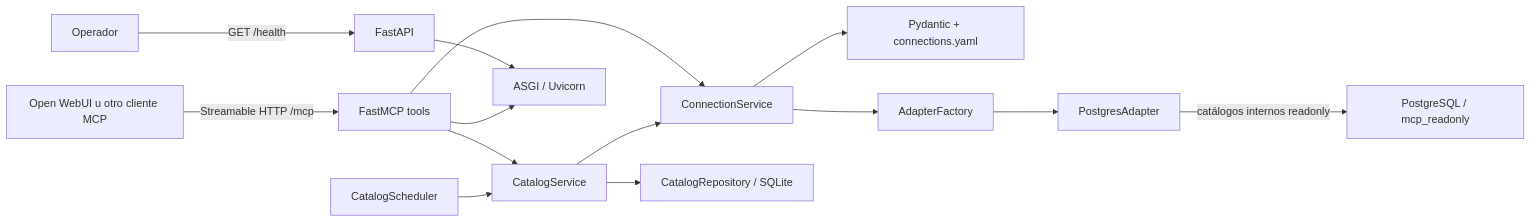
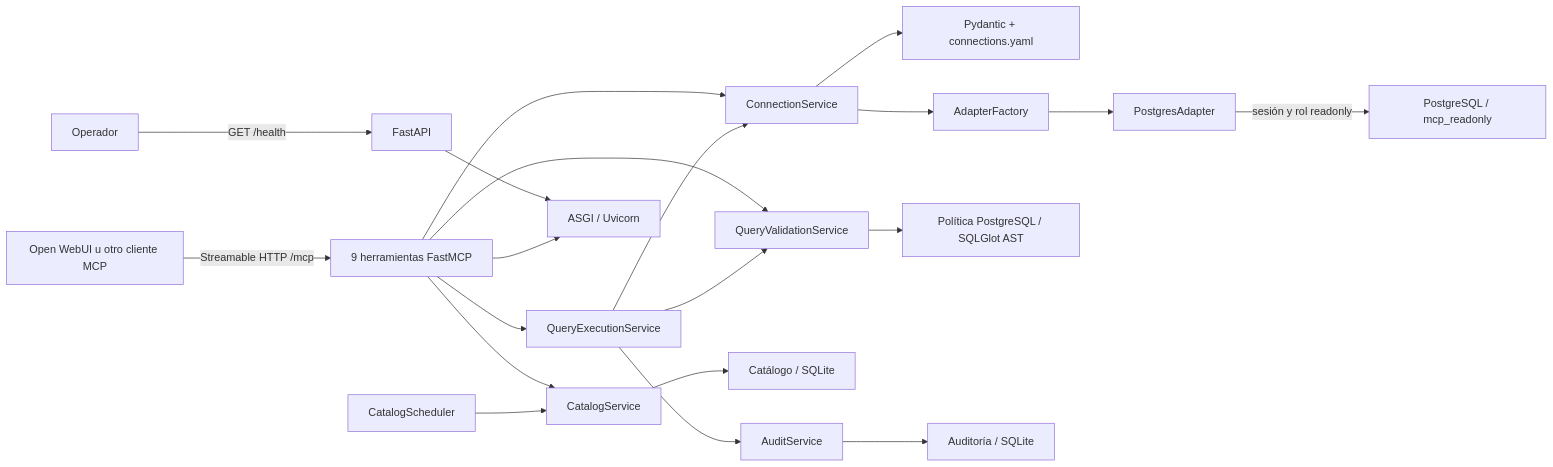
The first of 2 diagrams in docs/architecture.md (1franky/data-analits-MCP), drawn with Mermaid before and after one commit. The commit also changed other lines of this file and 43 other files, not shown here.

Commit message:
feat: implement sprint 3 safe SQL execution

````diff
--- a/docs/architecture.md
+++ b/docs/architecture.md
@@ -21,16 +22,22 @@
 ```mermaid
 flowchart LR
-    Client["Open WebUI u otro cliente MCP"] -->|"Streamable HTTP /mcp"| Tools["FastMCP tools"]
+    Client["Open WebUI u otro cliente MCP"] -->|"Streamable HTTP /mcp"| Tools["9 herramientas FastMCP"]
     Operator["Operador"] -->|"GET /health"| API["FastAPI"]
     Tools --> CS["ConnectionService"]
     Tools --> Cat["CatalogService"]
-    Cat --> CS
+    Tools --> Validator["QueryValidationService"]
+    Tools --> Executor["QueryExecutionService"]
+    Executor --> Validator
+    Executor --> CS
     CS --> Config["Pydantic + connections.yaml"]
     CS --> Factory["AdapterFactory"]
     Factory --> PG["PostgresAdapter"]
-    PG -->|"catálogos internos readonly"| DB["PostgreSQL / mcp_readonly"]
-    Cat --> Repo["CatalogRepository / SQLite"]
+    PG -->|"sesión y rol readonly"| DB["PostgreSQL / mcp_readonly"]
+    Cat --> CatalogDB["Catálogo / SQLite"]
+    Executor --> Audit["AuditService"]
+    Validator --> Policy["Política PostgreSQL / SQLGlot AST"]
+    Audit --> AuditDB["Auditoría / SQLite"]
     Scheduler["CatalogScheduler"] --> Cat
     API --> ASGI["ASGI / Uvicorn"]
     Tools --> ASGI
 ```
````
